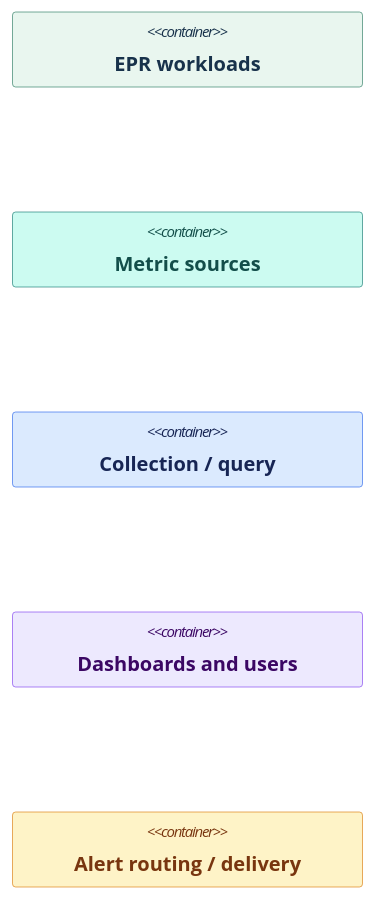
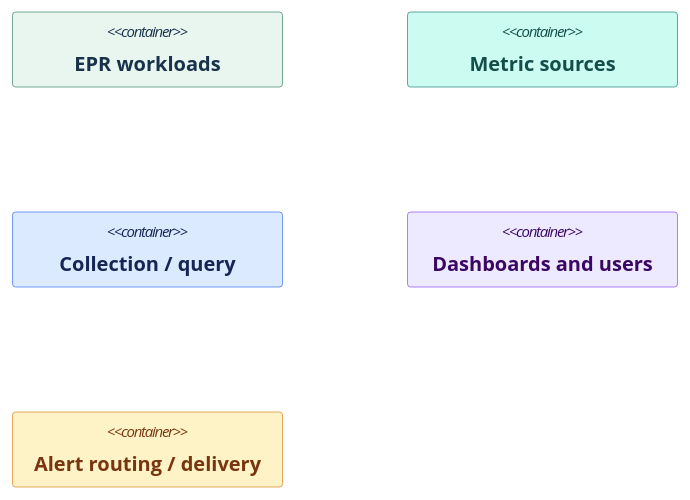
One commit to DFE-Digital/education-provider-registry-docs changed the first of 2 diagrams in documentation/service/application-metrics-and-alerting-deployment-diagram.md. Above: the diagram before and after it, drawn with Mermaid (forest theme).

Commit message:
metrics and alerting

````diff
--- a/documentation/service/application-metrics-and-alerting-deployment-diagram.md
+++ b/documentation/service/application-metrics-and-alerting-deployment-diagram.md
@@ -9,16 +9,17 @@
 ```mermaid
-%%{init: {"wrap": true, "c4": {"width": 280}}}%%
+
 C4Deployment
+    UpdateLayoutConfig($c4ShapeInRow="5", $c4BoundaryInRow="1")
     Container(key_workloads, "EPR workloads", "")
     Container(key_sources, "Metric sources", "")
     Container(key_collection, "Collection / query", "")
     Container(key_dashboards, "Dashboards and users", "")
     Container(key_alerts, "Alert routing / delivery", "")
 
     UpdateElementStyle(key_workloads, $bgColor="#e9f6ef", $fontColor="#18324b", $borderColor="#26775e")
     UpdateElementStyle(key_sources, $bgColor="#ccfbf1", $fontColor="#134e4a", $borderColor="#0f766e")
     UpdateElementStyle(key_collection, $bgColor="#dbeafe", $fontColor="#172554", $borderColor="#2563eb")
     UpdateElementStyle(key_dashboards, $bgColor="#ede9fe", $fontColor="#3b0764", $borderColor="#7c3aed")
     UpdateElementStyle(key_alerts, $bgColor="#fef3c7", $fontColor="#78350f", $borderColor="#d97706")
     UpdateLayoutConfig($c4ShapeInRow="5", $c4BoundaryInRow="1")
 ```
````
